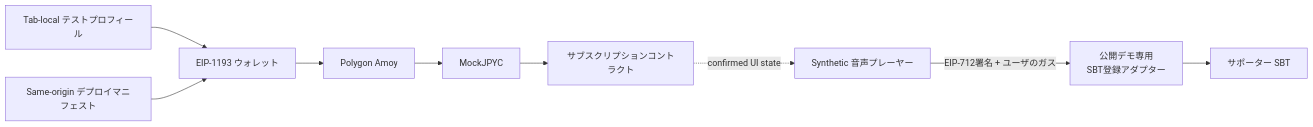
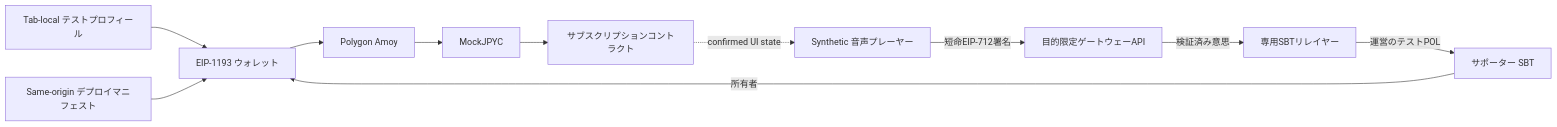
One commit to ShigeichiroYamasaki/creator-first-platform changed the diagram in docs/adr/ADR-0014-public-testnet-user-journey.md. Above: the diagram before and after it, drawn with Mermaid. The commit also changed other lines of this file and 31 other files, not shown here.

````diff
--- a/docs/adr/ADR-0014-public-testnet-user-journey.md
+++ b/docs/adr/ADR-0014-public-testnet-user-journey.md
@@ -26,19 +26,22 @@
 ```mermaid
 flowchart LR
     PROFILE[Tab-local テストプロフィール]
     WALLET[EIP-1193 ウォレット]
     MANIFEST[Same-origin デプロイマニフェスト]
     AMOY[Polygon Amoy]
     TOKEN[MockJPYC]
     SUB[サブスクリプションコントラクト]
     PLAYER[Synthetic 音声プレーヤー]
-    ADAPTER[公開デモ専用<br/>SBT登録アダプター]
+    GATEWAY[目的限定ゲートウェーAPI]
+    RELAYER[専用SBTリレイヤー]
     SBT[サポーター SBT]
 
     PROFILE --> WALLET
     MANIFEST --> WALLET
     WALLET --> AMOY
     AMOY --> TOKEN --> SUB
     SUB -. confirmed UI state .-> PLAYER
-    PLAYER -->|EIP-712署名 + ユーザのガス| ADAPTER --> SBT
+    PLAYER -->|短命EIP-712署名| GATEWAY -->|検証済み意思| RELAYER
+    RELAYER -->|運営のテストPOL| SBT
+    SBT -->|所有者| WALLET
 ```
````
